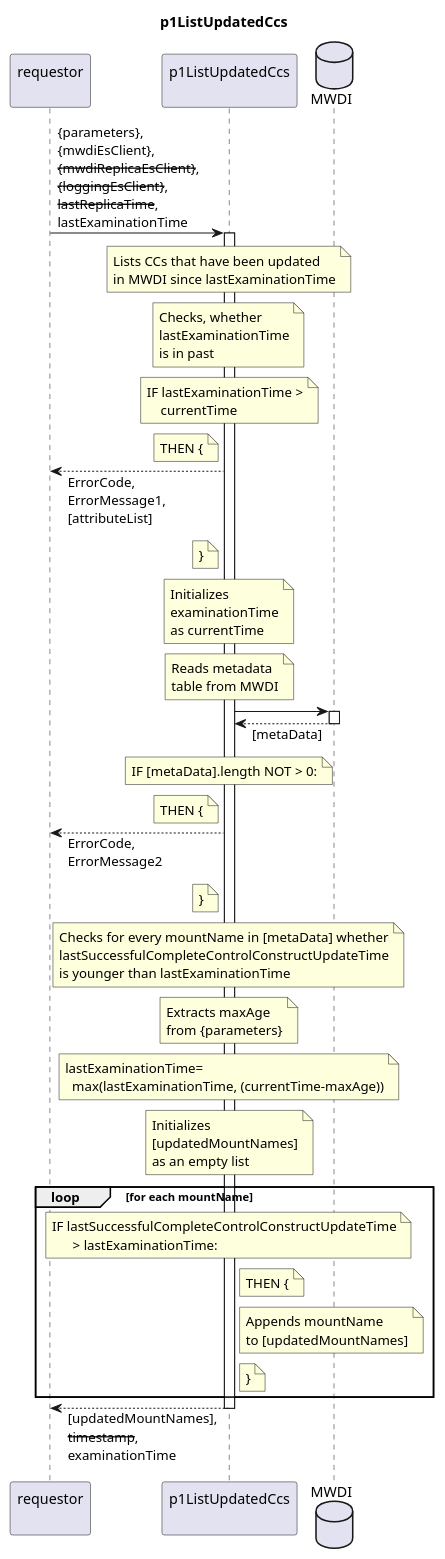
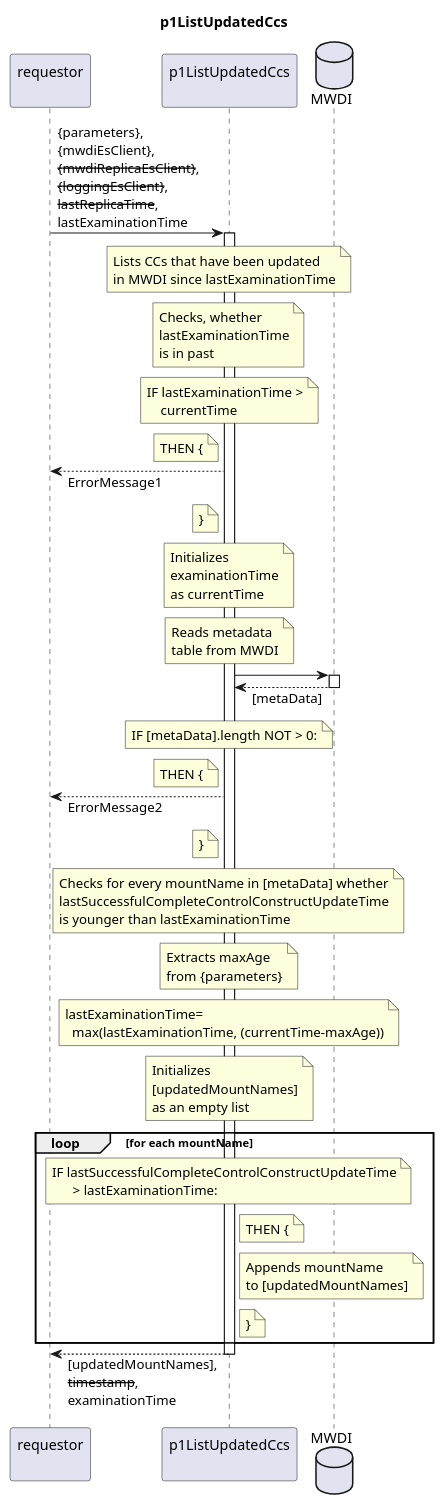
The diagram in spec/Functions/Measurement/p1ListUpdatedCcs/1.0.0/p1ListUpdatedCcs.plantuml (openBackhaul/FirmWareManager), drawn with PlantUML before and after one commit. The commit also changed 51 other files, not shown here.

Commit message:
Remove ErrorCode from all functions

```diff
--- a/spec/Functions/Measurement/p1ListUpdatedCcs/1.0.0/p1ListUpdatedCcs.plantuml
+++ b/spec/Functions/Measurement/p1ListUpdatedCcs/1.0.0/p1ListUpdatedCcs.plantuml
@@ -1,101 +1,101 @@
 @startuml p1ListUpdatedCcs
 skinparam responseMessageBelowArrow true
 
 title
   p1ListUpdatedCcs
 end title
 
 participant "requestor\n" as requestor
 participant "p1ListUpdatedCcs\n" as indServ
 
 database "MWDI" as Mwdi
 
 requestor -> indServ: {parameters},\n{mwdiEsClient},\n--{mwdiReplicaEsClient}--,\n--{loggingEsClient}--,\n--lastReplicaTime--,\nlastExaminationTime
 activate indServ
 
   note over indServ
     Lists CCs that have been updated
     in MWDI since lastExaminationTime
   end note
 
   note over indServ
     Checks, whether
     lastExaminationTime
     is in past
   end note
   note over indServ
     IF lastExaminationTime >
         currentTime
   end note
   note left indServ
     THEN {
   end note
-  requestor <-- indServ: ErrorCode,\nErrorMessage1,\n[attributeList]
+  requestor <-- indServ: ErrorMessage1
   note left indServ
     }
   end note
 
   note over indServ
     Initializes
     examinationTime
     as currentTime
   end note
   note over indServ
     Reads metadata
     table from MWDI
   end note
   indServ -> Mwdi
   activate Mwdi
   indServ <-- Mwdi: [metaData]
   deactivate Mwdi
   note over indServ
     IF [metaData].length NOT > 0:
   end note
   note left indServ
     THEN {
   end note
-  requestor <-- indServ: ErrorCode,\nErrorMessage2
+  requestor <-- indServ: ErrorMessage2
   note left indServ
     }
   end note
 
   note over indServ
     Checks for every mountName in [metaData] whether
     lastSuccessfulCompleteControlConstructUpdateTime
     is younger than lastExaminationTime
   end note
   note over indServ
     Extracts maxAge
     from {parameters}
   end note
   note over indServ
     lastExaminationTime=
       max(lastExaminationTime, (currentTime-maxAge))
   end note
   note over indServ
     Initializes
     [updatedMountNames]
     as an empty list
   end note
   loop for each mountName
     note over indServ
       IF lastSuccessfulCompleteControlConstructUpdateTime
             > lastExaminationTime:
     end note
     note right indServ
       THEN {
     end note
     note right indServ
       Appends mountName
       to [updatedMountNames]
     end note
     note right indServ
       }
     end note
   end loop
 
 
 requestor <-- indServ: [updatedMountNames],\n--timestamp--,\nexaminationTime
 deactivate indServ
 
 @enduml
```
